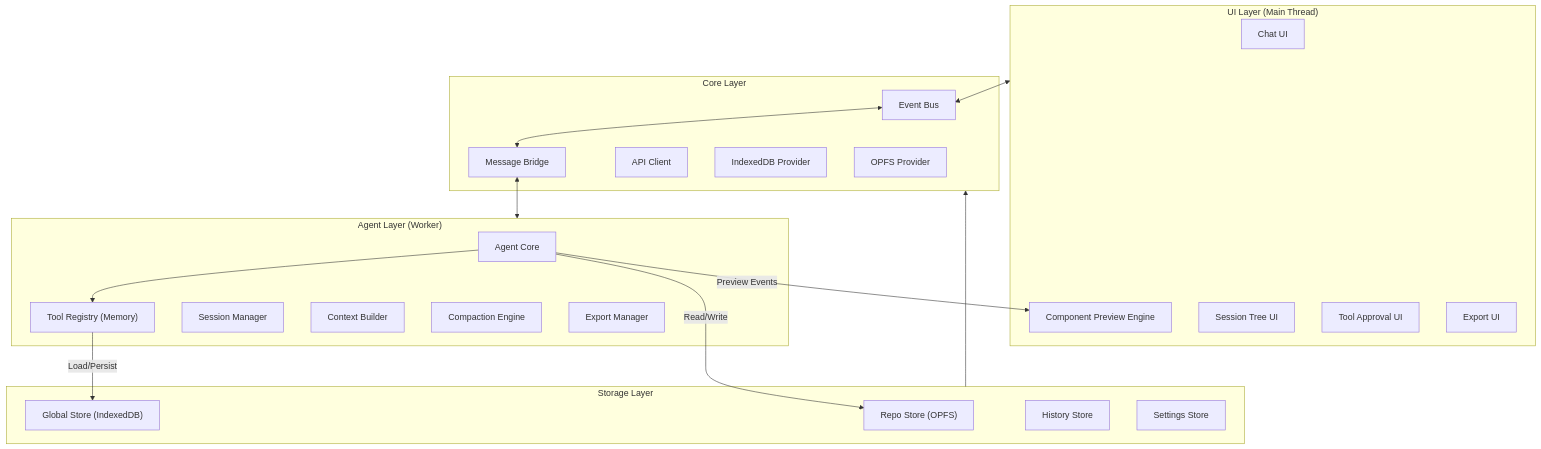
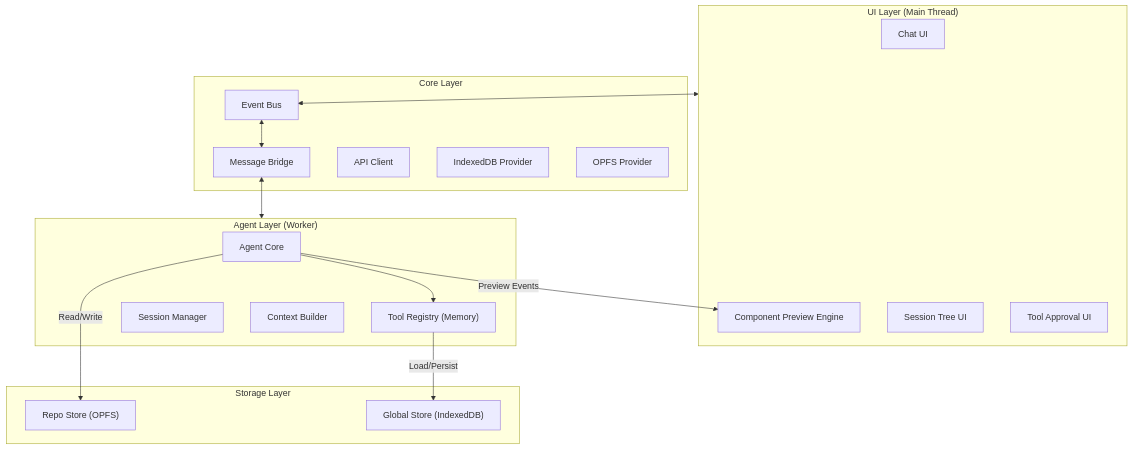
The first of 4 diagrams in ARCHITECTURE.md (weolopez/aarchie-aardvark), drawn with Mermaid before and after one commit. The commit also changed other lines of this file and 8 other files, not shown here.

First line of the commit message:
Refactor architecture documentation and enhance event bus functionality

````diff
--- a/ARCHITECTURE.md
+++ b/ARCHITECTURE.md
@@ -33,46 +35,40 @@
 ```mermaid
 graph TB
     subgraph UI["UI Layer (Main Thread)"]
         ChatUI["Chat UI"]
         PreviewEngine["Component Preview Engine"]
         SessionTreeUI["Session Tree UI"]
         ToolApprovalUI["Tool Approval UI"]
-        ExportUI["Export UI"]
     end
 
     subgraph Core["Core Layer"]
         EventBus["Event Bus"]
         MsgBridge["Message Bridge"]
         APIClient["API Client"]
         IndexedDB["IndexedDB Provider"]
         OPFS["OPFS Provider"]
     end
 
     subgraph Agent["Agent Layer (Worker)"]
         AgentCore["Agent Core"]
         ToolRegistry["Tool Registry (Memory)"]
         SessionMgr["Session Manager"]
         ContextBuilder["Context Builder"]
-        Compaction["Compaction Engine"]
-        ExportMgr["Export Manager"]
     end
 
     subgraph Storage["Storage Layer"]
         RepoStore["Repo Store (OPFS)"]
         GlobalStore["Global Store (IndexedDB)"]
-        HistoryStore["History Store"]
-        SettingsStore["Settings Store"]
     end
 
     UI <--> EventBus
     EventBus <--> MsgBridge
     MsgBridge <--> Agent
     
     AgentCore --> ToolRegistry
     ToolRegistry -- Load/Persist --> GlobalStore
     AgentCore -- Read/Write --> RepoStore
     
     AgentCore -- "Preview Events" --> PreviewEngine
-    
-    Storage --> Core
+
 ```
````
